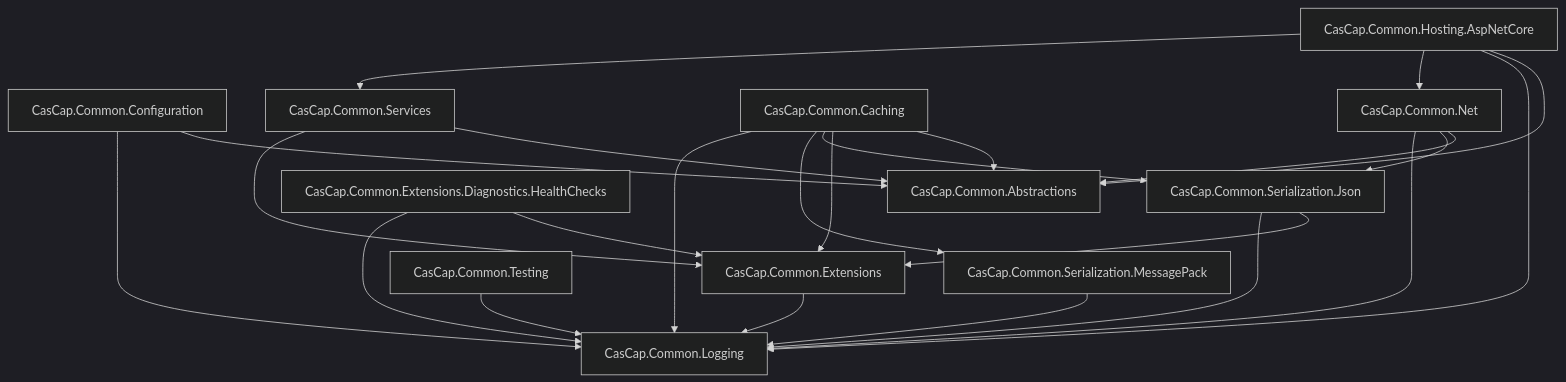
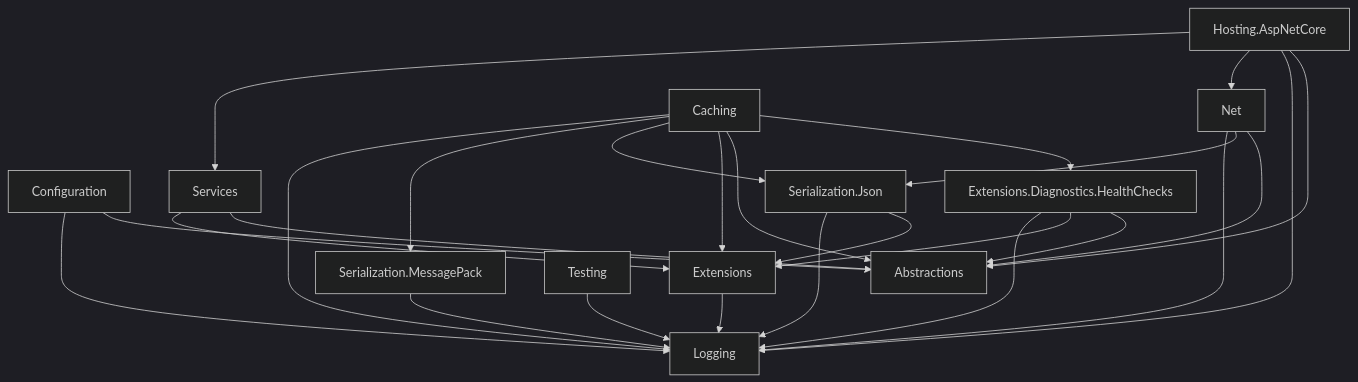
One commit to f2calv/CasCap.Common changed the diagram in README.md. Above: the diagram before and after it, drawn with Mermaid (dark theme). The commit also changed other lines of this file and 18 other files, not shown here.

````diff
--- a/README.md
+++ b/README.md
@@ -77,39 +63,41 @@
 ```mermaid
 graph TD
-    Logging[CasCap.Common.Logging]
-    Abstractions[CasCap.Common.Abstractions]
-    Extensions[CasCap.Common.Extensions]
-    Configuration[CasCap.Common.Configuration]
-    SerJson[CasCap.Common.Serialization.Json]
-    SerMsgPack[CasCap.Common.Serialization.MessagePack]
-    Net[CasCap.Common.Net]
-    Caching[CasCap.Common.Caching]
-    Services[CasCap.Common.Services]
-    HealthChecks[CasCap.Common.Extensions.Diagnostics.HealthChecks]
-    Testing[CasCap.Common.Testing]
-    HostingAspNetCore[CasCap.Common.Hosting.AspNetCore]
+    Logging[Logging]
+    Abstractions[Abstractions]
+    Extensions[Extensions]
+    Configuration[Configuration]
+    SerJson[Serialization.Json]
+    SerMsgPack[Serialization.MessagePack]
+    Net[Net]
+    Caching[Caching]
+    Services[Services]
+    HealthChecks[Extensions.Diagnostics.HealthChecks]
+    Testing[Testing]
+    HostingAspNetCore[Hosting.AspNetCore]
 
     Extensions --> Logging
     Configuration --> Abstractions
     Configuration --> Logging
     SerJson --> Extensions
     SerJson --> Logging
     SerMsgPack --> Logging
     Net --> Abstractions
     Net --> SerJson
     Net --> Logging
+    HealthChecks --> Abstractions
     HealthChecks --> Extensions
     HealthChecks --> Logging
     Testing --> Logging
     Services --> Abstractions
     Services --> Extensions
+    Caching --> HealthChecks
     Caching --> Abstractions
     Caching --> Extensions
     Caching --> SerJson
     Caching --> SerMsgPack
     Caching --> Logging
     HostingAspNetCore --> Abstractions
     HostingAspNetCore --> Logging
     HostingAspNetCore --> Net
     HostingAspNetCore --> Services
 ```
````
